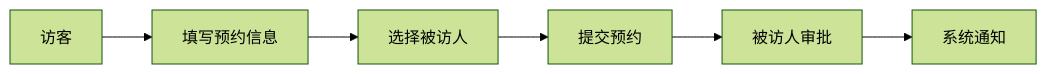
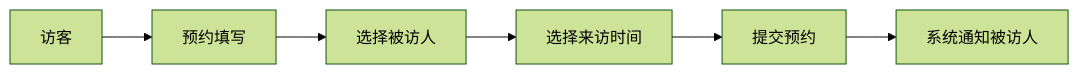
One commit to zhishi324/n8ndeploy changed the diagram in doc/requirement1.md. Above: the diagram before and after it, drawn with Mermaid (forest theme). The commit also changed other lines of this file, not shown here.

````diff
--- a/doc/requirement1.md
+++ b/doc/requirement1.md
@@ -22,8 +23,8 @@
 ```mermaid
 graph LR
-    A[访客] --> B[填写预约信息]
+    A[访客] --> B[预约填写]
     B --> C[选择被访人]
-    C --> D[提交预约]
-    D --> E[被访人审批]
-    E --> F[系统通知]
+    C --> D[选择来访时间]
+    D --> E[提交预约]
+    E --> F[系统通知被访人]
 ```
````
